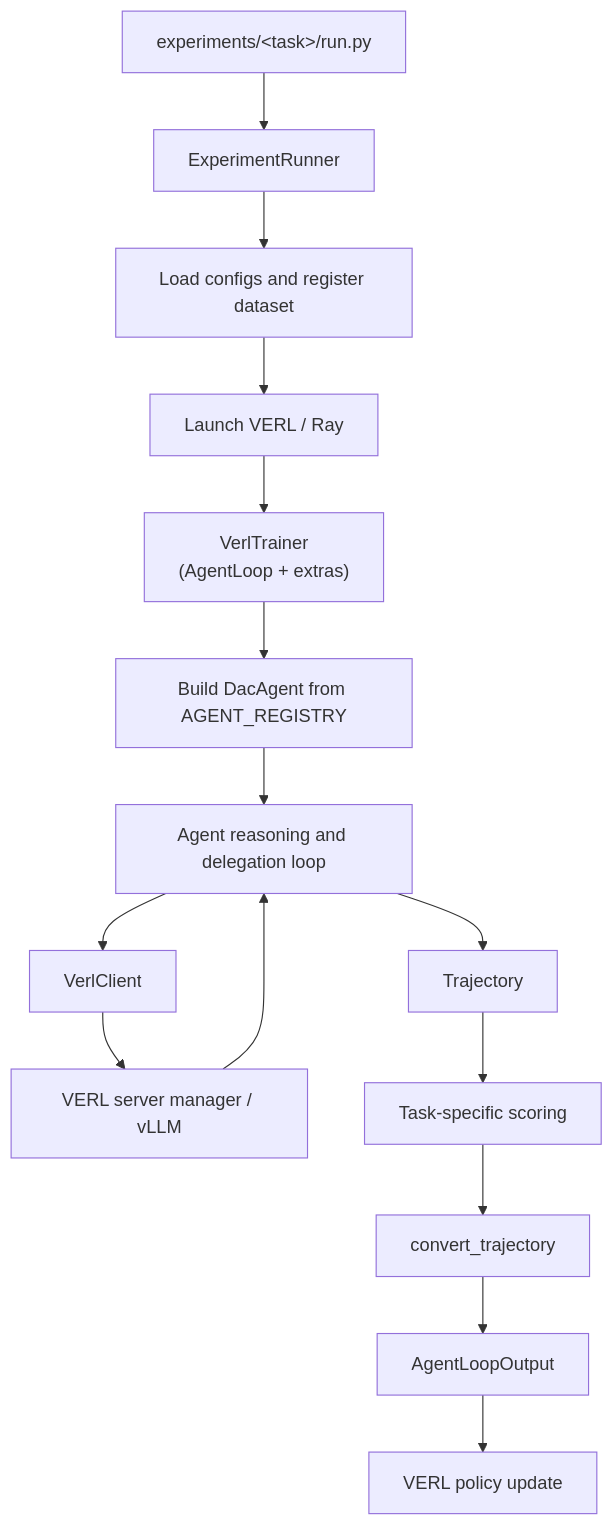
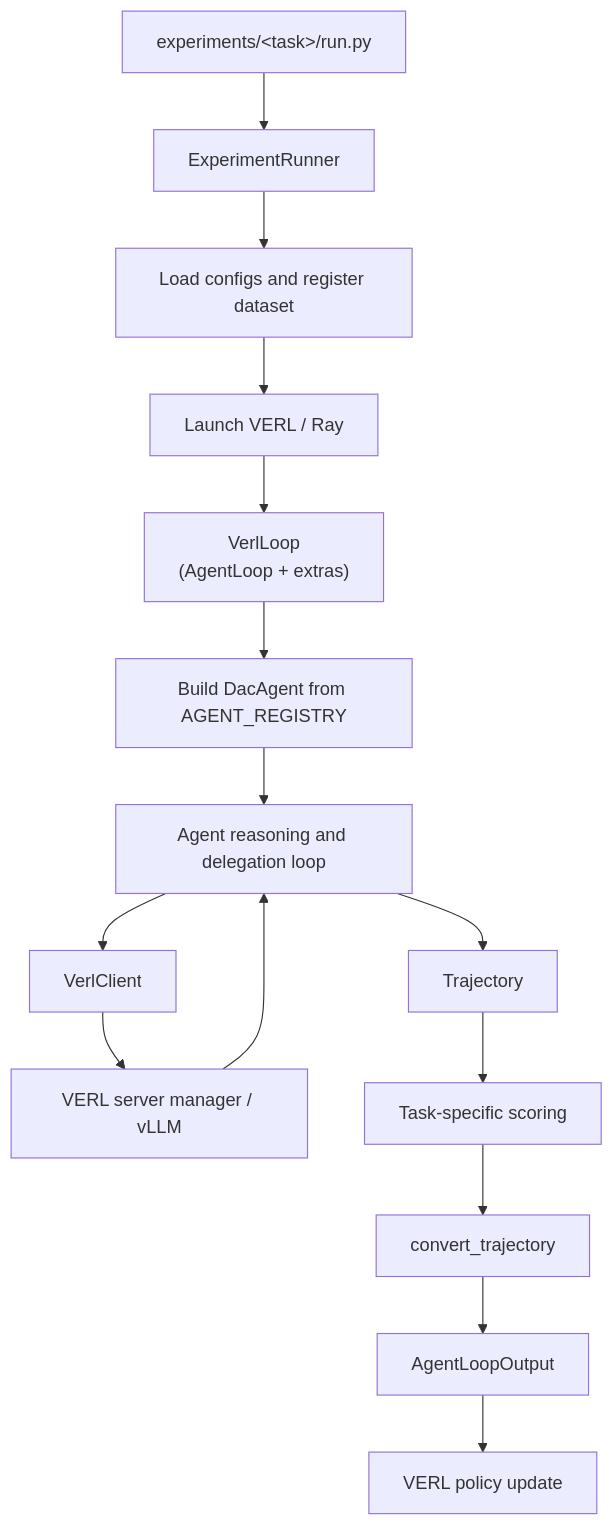
One commit to TheGuy42/AgentDaC changed the diagram in README.md. Above: the diagram before and after it, drawn with Mermaid. The commit also changed other lines of this file and 36 other files, not shown here.

````diff
--- a/README.md
+++ b/README.md
@@ -57,17 +60,17 @@
 ```mermaid
 flowchart TD
     A["experiments/&lt;task&gt;/run.py"] --> B["ExperimentRunner"]
     B --> C["Load configs and register dataset"]
     C --> D["Launch VERL / Ray"]
-    D --> E["VerlTrainer \n (AgentLoop + extras)"]
+    D --> E["VerlLoop \n (AgentLoop + extras)"]
     E --> F["Build DacAgent from AGENT_REGISTRY"]
     F --> G["Agent reasoning and delegation loop"]
     G --> H["VerlClient"]
     H --> I["VERL server manager / vLLM"]
     I --> G
     G --> J["Trajectory"]
     J --> K["Task-specific scoring"]
     K --> L["convert_trajectory"]
     L --> M["AgentLoopOutput"]
     M --> N["VERL policy update"]
 ```
````
